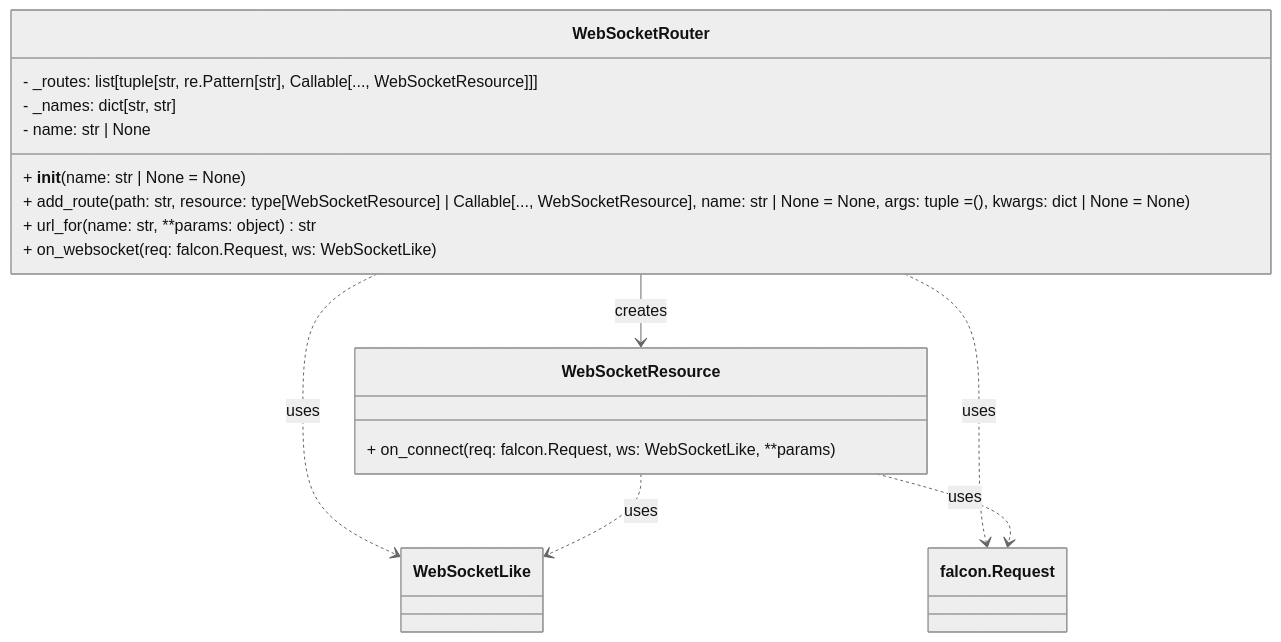
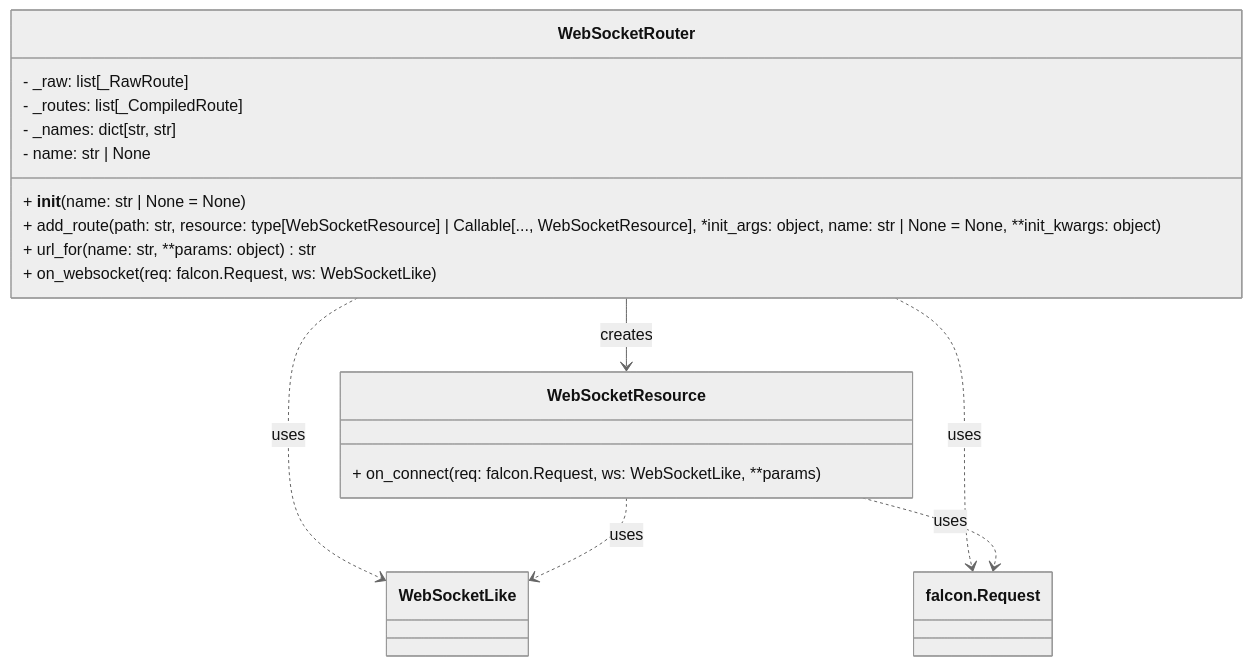
The sixth of 13 diagrams in docs/falcon-websocket-extension-design.md (leynos/falcon-pachinko), drawn with Mermaid (neutral theme) before and after one commit. The commit also changed other lines of this file and 98 other files, not shown here.

````diff
--- a/docs/falcon-websocket-extension-design.md
+++ b/docs/falcon-websocket-extension-design.md
@@ -1063,24 +1064,25 @@
 ```mermaid
 classDiagram
     class WebSocketRouter {
-        - _routes: list[tuple[str, re.Pattern[str], Callable[..., WebSocketResource]]]
+        - _raw: list[_RawRoute]
+        - _routes: list[_CompiledRoute]
         - _names: dict[str, str]
         - name: str | None
         + __init__(name: str | None = None)
-        + add_route(path: str, resource: type[WebSocketResource] | Callable[..., WebSocketResource], name: str | None = None, args: tuple = (), kwargs: dict | None = None)
+        + add_route(path: str, resource: type[WebSocketResource] | Callable[..., WebSocketResource], *init_args: object, name: str | None = None, **init_kwargs: object)
         + url_for(name: str, **params: object) str
         + on_websocket(req: falcon.Request, ws: WebSocketLike)
     }
     class WebSocketResource {
         + on_connect(req: falcon.Request, ws: WebSocketLike, **params)
     }
     class WebSocketLike
     class falcon.Request
 
     WebSocketRouter --> WebSocketResource : creates
     WebSocketRouter ..> WebSocketLike : uses
     WebSocketRouter ..> falcon.Request : uses
     WebSocketResource ..> WebSocketLike : uses
     WebSocketResource ..> falcon.Request : uses
 
 ```
````
